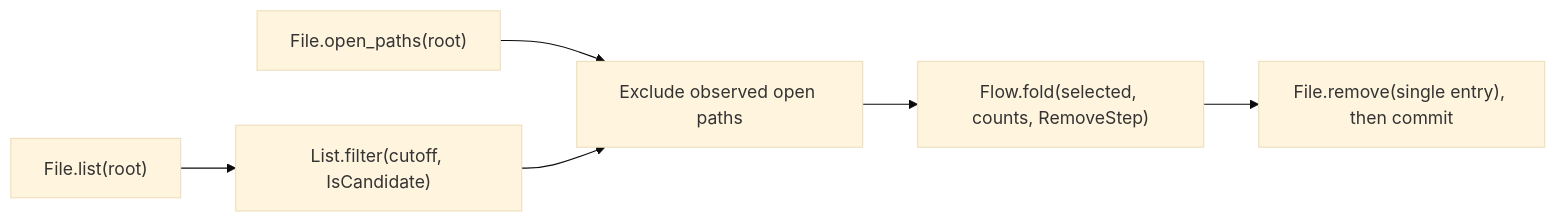
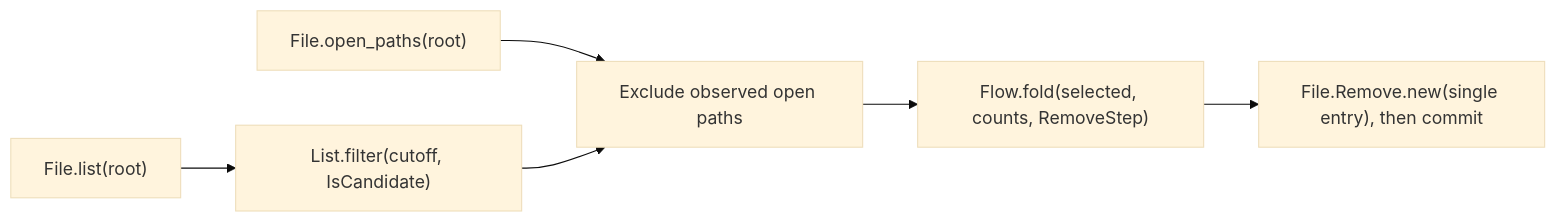
One commit to tyemirov/Lo changed the diagram in docs/file-adapter-design.md. Above: the diagram before and after it, drawn with Mermaid (base theme). The commit also changed other lines of this file and 7 other files, not shown here.

````diff
--- a/docs/file-adapter-design.md
+++ b/docs/file-adapter-design.md
@@ -37,8 +39,8 @@
 ```mermaid
 flowchart LR
     A["File.list(root)"] --> B["List.filter(cutoff, IsCandidate)"]
     C["File.open_paths(root)"] --> D["Exclude observed open paths"]
     B --> D
     D --> E["Flow.fold(selected, counts, RemoveStep)"]
-    E --> F["File.remove(single entry), then commit"]
+    E --> F["File.Remove.new(single entry), then commit"]
 ```
````
